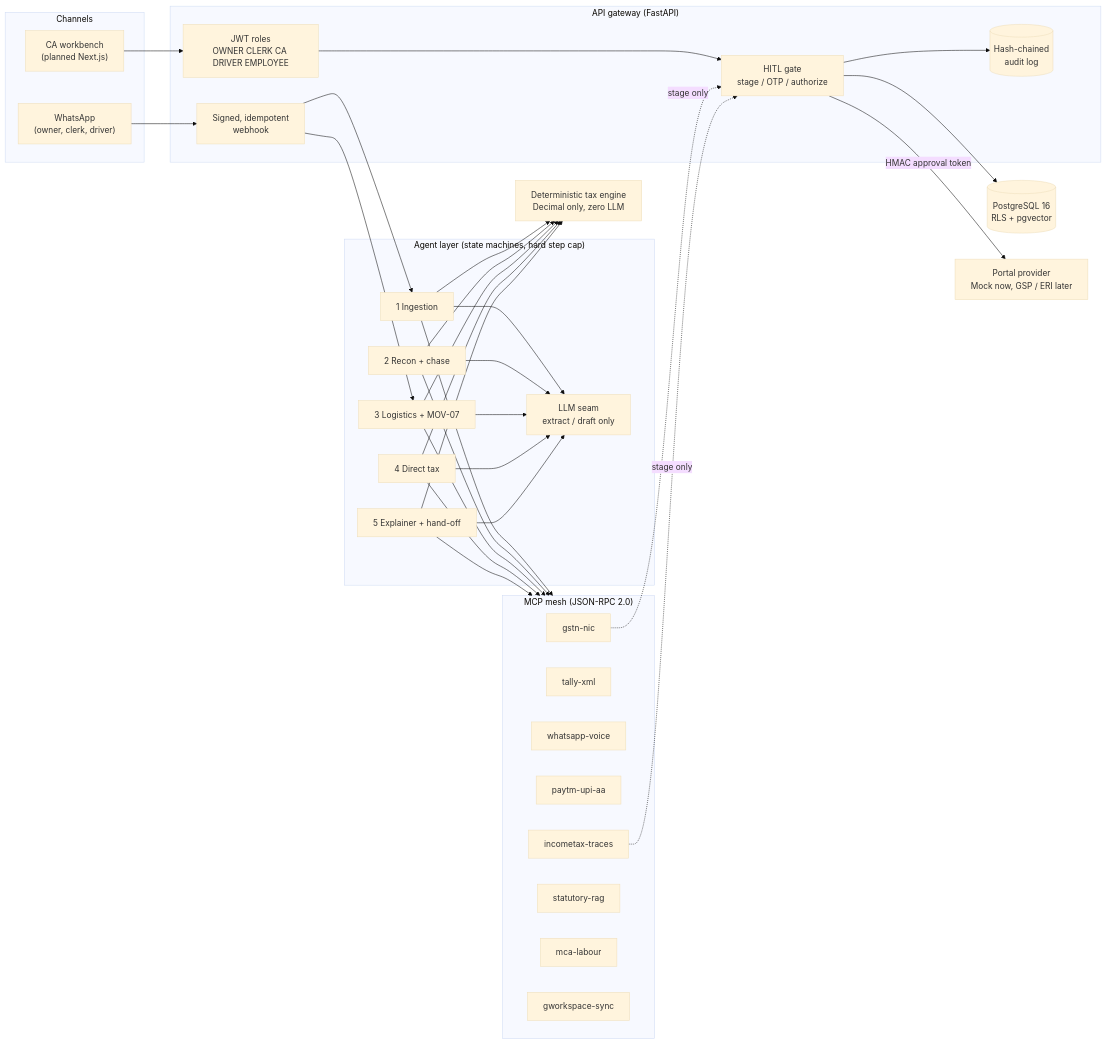
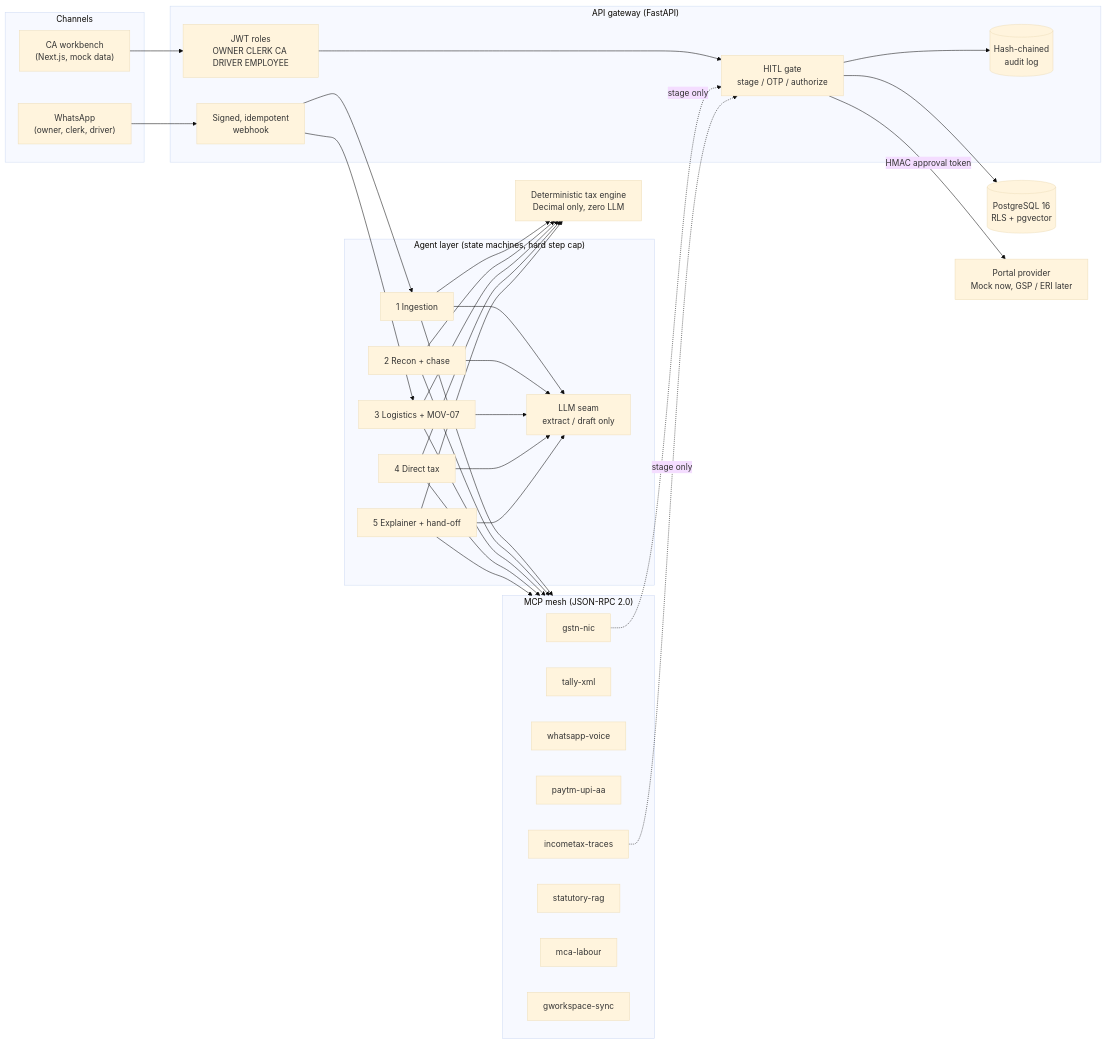
One commit to loktrishal-05/Kosh-AI changed the first of 5 diagrams in README.md. Above: the diagram before and after it, drawn with Mermaid (base theme). The commit also changed other lines of this file and 6 other files, not shown here.

````diff
--- a/README.md
+++ b/README.md
@@ -60,48 +60,48 @@
 ```mermaid
 flowchart LR
   subgraph Channels
     WA["WhatsApp<br/>(owner, clerk, driver)"]
-    CA["CA workbench<br/>(planned Next.js)"]
+    CA["CA workbench<br/>(Next.js, mock data)"]
   end
 
   subgraph Edge["API gateway (FastAPI)"]
     WH["Signed, idempotent<br/>webhook"]
     JWT["JWT roles<br/>OWNER CLERK CA DRIVER EMPLOYEE"]
     GATE["HITL gate<br/>stage / OTP / authorize"]
     AUD[("Hash-chained<br/>audit log")]
   end
 
   subgraph Brain["Agent layer (state machines, hard step cap)"]
     A1["1 Ingestion"]
     A2["2 Recon + chase"]
     A3["3 Logistics + MOV-07"]
     A4["4 Direct tax"]
     A5["5 Explainer + hand-off"]
     LLM["LLM seam<br/>extract / draft only"]
   end
 
   subgraph Mesh["MCP mesh (JSON-RPC 2.0)"]
     M1["gstn-nic"]
     M2["tally-xml"]
     M3["whatsapp-voice"]
     M4["paytm-upi-aa"]
     M5["incometax-traces"]
     M6["statutory-rag"]
     M7["mca-labour"]
     M8["gworkspace-sync"]
   end
 
   ENG["Deterministic tax engine<br/>Decimal only, zero LLM"]
   PG[("PostgreSQL 16<br/>RLS + pgvector")]
   PORTAL["Portal provider<br/>Mock now, GSP / ERI later"]
 
   WA --> WH --> A1 & A3
   CA --> JWT --> GATE
   A1 & A2 & A3 & A4 & A5 --> LLM
   A1 & A2 & A3 & A4 & A5 --> ENG
   A1 & A2 & A3 & A4 & A5 --> Mesh
   M1 & M5 -. "stage only" .-> GATE
   GATE --> AUD
   GATE -- "HMAC approval token" --> PORTAL
   GATE --> PG
 ```
````
